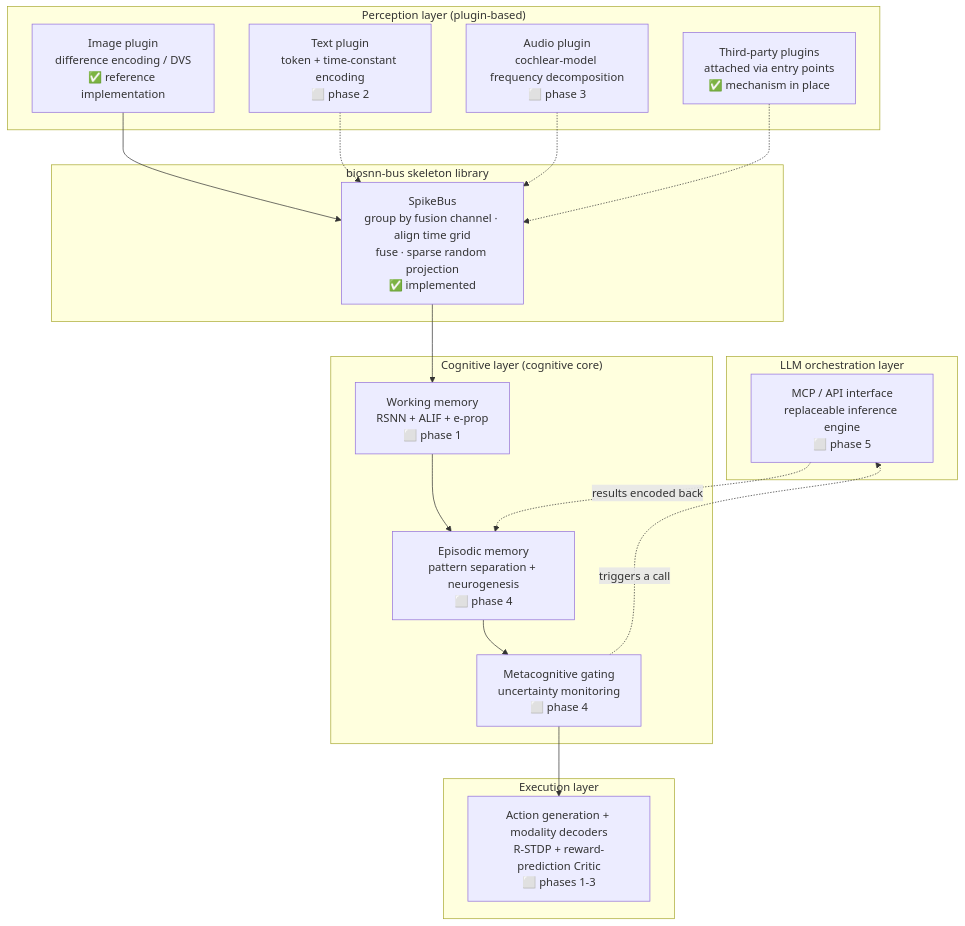
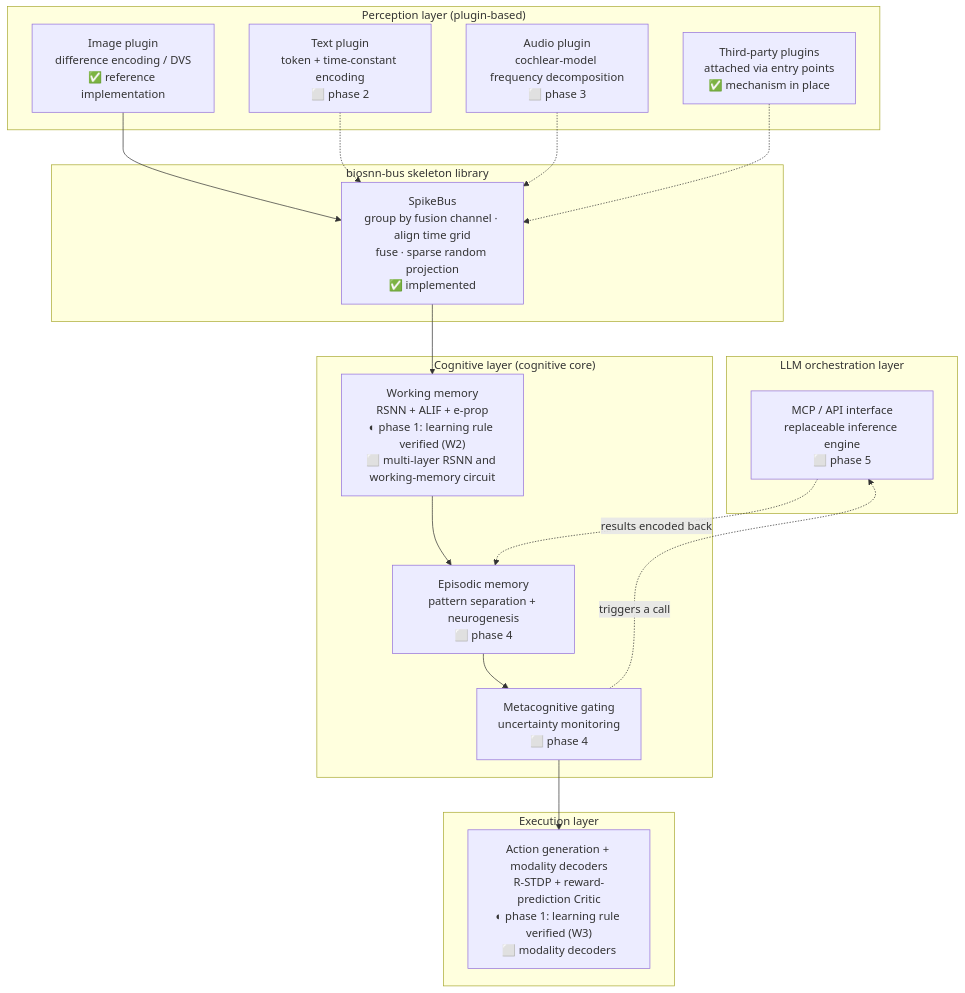
Before and after one commit to lzmd-arch/BioSNN-Plug: the diagram in README.en.md, drawn with Mermaid. The commit also changed other lines of this file and 21 other files, not shown here.

````diff
--- a/README.en.md
+++ b/README.en.md
@@ -58,39 +58,39 @@
 ```mermaid
 flowchart TB
     subgraph L5["LLM orchestration layer"]
         MCP["MCP / API interface<br/>replaceable inference engine<br/>⬜ phase 5"]
     end
 
     subgraph L4["Execution layer"]
-        ACT["Action generation + modality decoders<br/>R-STDP + reward-prediction Critic<br/>⬜ phases 1-3"]
+        ACT["Action generation + modality decoders<br/>R-STDP + reward-prediction Critic<br/>◐ phase 1: learning rule verified (W3)<br/>⬜ modality decoders"]
     end
 
     subgraph L3["Cognitive layer (cognitive core)"]
-        WM["Working memory<br/>RSNN + ALIF + e-prop<br/>⬜ phase 1"]
+        WM["Working memory<br/>RSNN + ALIF + e-prop<br/>◐ phase 1: learning rule verified (W2)<br/>⬜ multi-layer RSNN and working-memory circuit"]
         EM["Episodic memory<br/>pattern separation + neurogenesis<br/>⬜ phase 4"]
         MG["Metacognitive gating<br/>uncertainty monitoring<br/>⬜ phase 4"]
     end
 
     subgraph L2["biosnn-bus skeleton library"]
         BUS["SpikeBus<br/>group by fusion channel · align time grid<br/>fuse · sparse random projection<br/>✅ implemented"]
     end
 
     subgraph L1["Perception layer (plugin-based)"]
         IMG["Image plugin<br/>difference encoding / DVS<br/>✅ reference implementation"]
         TXT["Text plugin<br/>token + time-constant encoding<br/>⬜ phase 2"]
         AUD["Audio plugin<br/>cochlear-model frequency decomposition<br/>⬜ phase 3"]
         THIRD["Third-party plugins<br/>attached via entry points<br/>✅ mechanism in place"]
     end
 
     IMG --> BUS
     TXT -.-> BUS
     AUD -.-> BUS
     THIRD -.-> BUS
 
     BUS --> WM
     WM --> EM
     EM --> MG
     MG --> ACT
     MG -.->|triggers a call| MCP
     MCP -.->|results encoded back| EM
 ```
````
